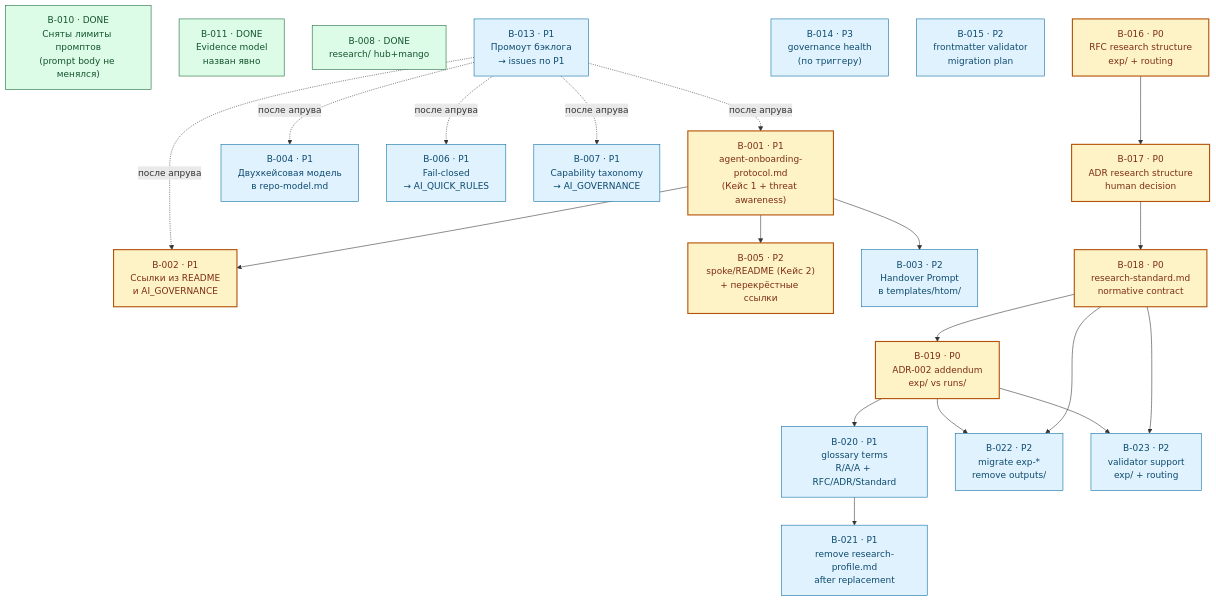
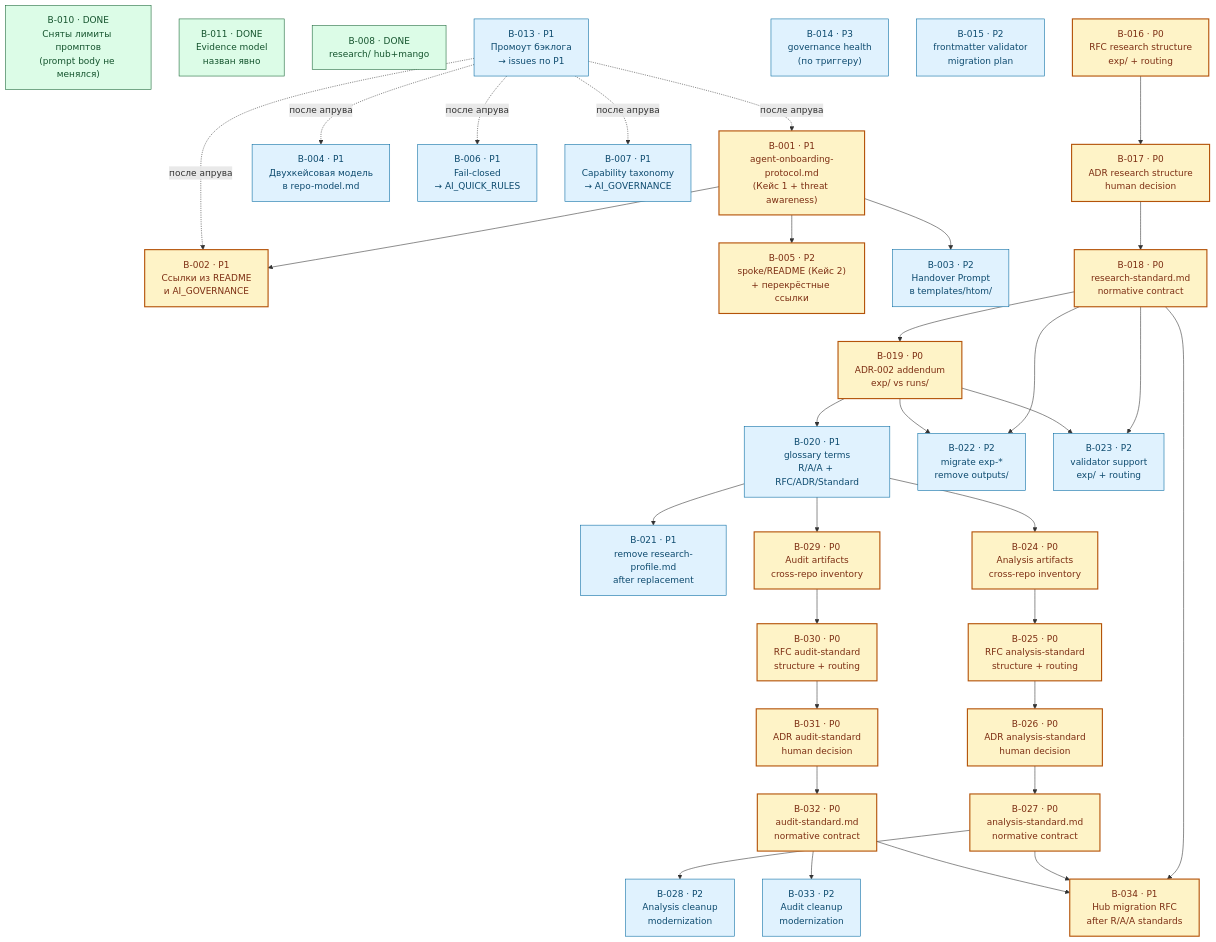
Before and after one commit to G-Ivan-A/hybrid-Intelligence-lab: the diagram in governance/backlog.md, drawn with Mermaid. The commit also changed other lines of this file and 4 other files, not shown here.

Commit message:
chore: add analysis and audit standardization sprints

````diff
--- a/governance/backlog.md
+++ b/governance/backlog.md
@@ -1334,54 +1832,78 @@
 ```mermaid
 flowchart TD
     B010["B-010 · DONE<br/>Сняты лимиты промптов<br/>(prompt body не менялся)"]
     B001["B-001 · P1<br/>agent-onboarding-protocol.md<br/>(Кейс 1 + threat awareness)"]
     B002["B-002 · P1<br/>Ссылки из README<br/>и AI_GOVERNANCE"]
     B005["B-005 · P2<br/>spoke/README (Кейс 2)<br/>+ перекрёстные ссылки"]
 
     B003["B-003 · P2<br/>Handover Prompt<br/>в templates/htom/"]
     B004["B-004 · P1<br/>Двухкейсовая модель<br/>в repo-model.md"]
     B006["B-006 · P1<br/>Fail-closed<br/>→ AI_QUICK_RULES"]
     B007["B-007 · P1<br/>Capability taxonomy<br/>→ AI_GOVERNANCE"]
     B011["B-011 · DONE<br/>Evidence model<br/>назван явно"]
     B008["B-008 · DONE<br/>research/ hub+mango"]
     B013["B-013 · P1<br/>Промоут бэклога<br/>→ issues по P1"]
     B014["B-014 · P3<br/>governance health<br/>(по триггеру)"]
     B015["B-015 · P2<br/>frontmatter validator<br/>migration plan"]
     B016["B-016 · P0<br/>RFC research structure<br/>exp/ + routing"]
     B017["B-017 · P0<br/>ADR research structure<br/>human decision"]
     B018["B-018 · P0<br/>research-standard.md<br/>normative contract"]
     B019["B-019 · P0<br/>ADR-002 addendum<br/>exp/ vs runs/"]
     B020["B-020 · P1<br/>glossary terms<br/>R/A/A + RFC/ADR/Standard"]
     B021["B-021 · P1<br/>remove research-profile.md<br/>after replacement"]
     B022["B-022 · P2<br/>migrate exp-*<br/>remove outputs/"]
     B023["B-023 · P2<br/>validator support<br/>exp/ + routing"]
+    B024["B-024 · P0<br/>Analysis artifacts<br/>cross-repo inventory"]
+    B025["B-025 · P0<br/>RFC analysis-standard<br/>structure + routing"]
+    B026["B-026 · P0<br/>ADR analysis-standard<br/>human decision"]
+    B027["B-027 · P0<br/>analysis-standard.md<br/>normative contract"]
+    B028["B-028 · P2<br/>Analysis cleanup<br/>modernization"]
+    B029["B-029 · P0<br/>Audit artifacts<br/>cross-repo inventory"]
+    B030["B-030 · P0<br/>RFC audit-standard<br/>structure + routing"]
+    B031["B-031 · P0<br/>ADR audit-standard<br/>human decision"]
+    B032["B-032 · P0<br/>audit-standard.md<br/>normative contract"]
+    B033["B-033 · P2<br/>Audit cleanup<br/>modernization"]
+    B034["B-034 · P1<br/>Hub migration RFC<br/>after R/A/A standards"]
 
     %% Критический путь
     B001 --> B002
     B001 --> B005
     B016 --> B017
     B017 --> B018
     B018 --> B019
     B019 --> B020
     B020 --> B021
+    B020 --> B024
+    B024 --> B025
+    B025 --> B026
+    B026 --> B027
+    B027 --> B028
+    B020 --> B029
+    B029 --> B030
+    B030 --> B031
+    B031 --> B032
+    B032 --> B033
+    B018 --> B034
+    B027 --> B034
+    B032 --> B034
 
     %% Прочие зависимости
     B001 --> B003
     B018 --> B022
     B019 --> B022
     B018 --> B023
     B019 --> B023
     B013 -. "после апрува" .-> B001
     B013 -. "после апрува" .-> B002
     B013 -. "после апрува" .-> B004
     B013 -. "после апрува" .-> B006
     B013 -. "после апрува" .-> B007
 
     classDef crit fill:#fef3c7,stroke:#b45309,color:#7c2d12,stroke-width:2px;
     classDef norm fill:#e0f2fe,stroke:#0369a1,color:#0c4a6e;
     classDef done fill:#dcfce7,stroke:#166534,color:#14532d;
 
-    class B001,B002,B005,B016,B017,B018,B019 crit;
-    class B003,B004,B006,B007,B013,B014,B015,B020,B021,B022,B023 norm;
+    class B001,B002,B005,B016,B017,B018,B019,B024,B025,B026,B027,B029,B030,B031,B032,B034 crit;
+    class B003,B004,B006,B007,B013,B014,B015,B020,B021,B022,B023,B028,B033 norm;
     class B008,B010,B011 done;
 ```
````
